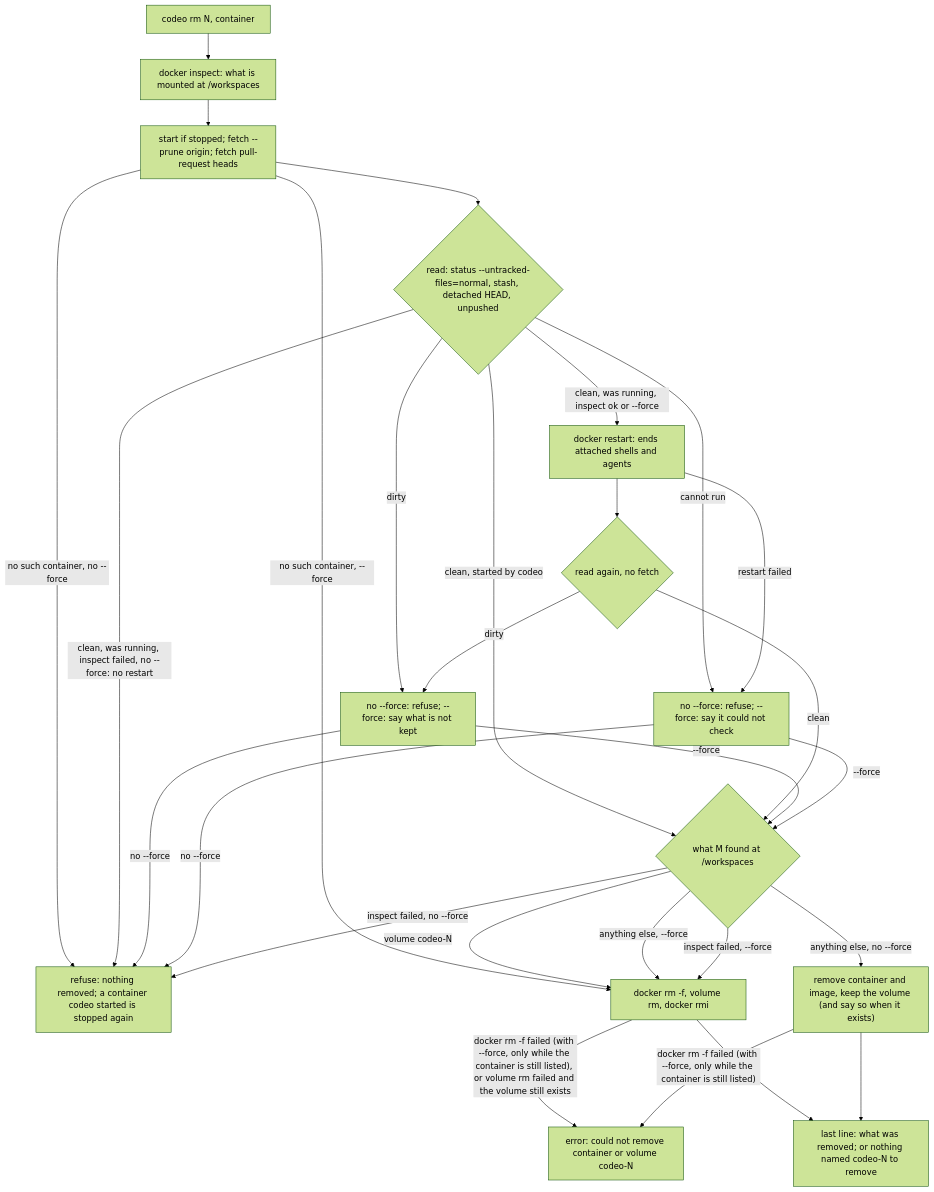
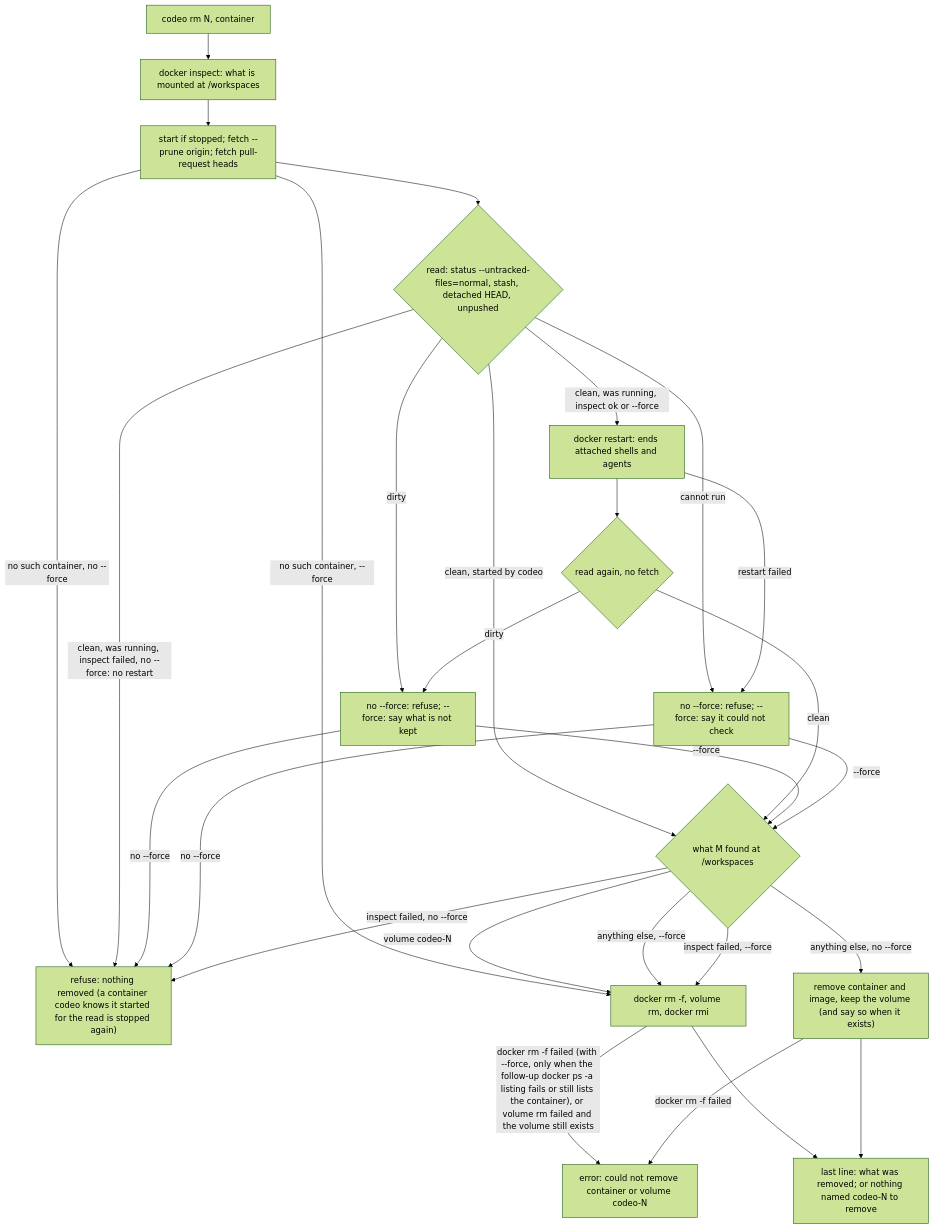
Before and after one commit to kbajpai/codeo: the second of 3 diagrams in .devcontainer/README.md, drawn with Mermaid (forest theme). The commit also changed other lines of this file and 12 other files, not shown here.

Commit message:
docs: close the #154 and #146 documentation leftovers: removal flowchart and README wording, the v1.0.8 Shared state line, and release checklist step 6 (#167)

````diff
--- a/.devcontainer/README.md
+++ b/.devcontainer/README.md
@@ -195,30 +195,30 @@
 ```mermaid
 flowchart TD
     A["codeo rm N, container"] --> M["docker inspect: what is mounted at /workspaces"]
     M --> B["start if stopped; fetch --prune origin; fetch pull-request heads"]
-    B -- "no such container, no --force" --> Q["refuse: nothing removed; a container codeo started is stopped again"]
+    B -- "no such container, no --force" --> Q["refuse: nothing removed (a container codeo knows it started for the read is stopped again)"]
     B -- "no such container, --force" --> G
     B --> C{"read: status --untracked-files=normal, stash, detached HEAD, unpushed"}
     C -- "dirty" --> R["no --force: refuse; --force: say what is not kept"]
     C -- "cannot run" --> X["no --force: refuse; --force: say it could not check"]
     C -- "clean, started by codeo" --> F
     C -- "clean, was running, inspect failed, no --force: no restart" --> Q
     C -- "clean, was running, inspect ok or --force" --> D["docker restart: ends attached shells and agents"]
     D -- "restart failed" --> X
     D --> E{"read again, no fetch"}
     E -- "dirty" --> R
     E -- "clean" --> F{"what M found at /workspaces"}
     R -- "--force" --> F
     X -- "--force" --> F
     R -- "no --force" --> Q
     X -- "no --force" --> Q
     F -- "volume codeo-N" --> G["docker rm -f, volume rm, docker rmi"]
     F -- "anything else, --force" --> G
     F -- "anything else, no --force" --> H["remove container and image, keep the volume (and say so when it exists)"]
     F -- "inspect failed, --force" --> G
     F -- "inspect failed, no --force" --> Q
-    G -- "docker rm -f failed (with --force, only while the container is still listed), or volume rm failed and the volume still exists" --> Y["error: could not remove container or volume codeo-N"]
-    H -- "docker rm -f failed (with --force, only while the container is still listed)" --> Y
+    G -- "docker rm -f failed (with --force, only when the follow-up docker ps -a listing fails or still lists the container), or volume rm failed and the volume still exists" --> Y["error: could not remove container or volume codeo-N"]
+    H -- "docker rm -f failed" --> Y
     G --> Z["last line: what was removed; or nothing named codeo-N to remove"]
     H --> Z
 ```
````
